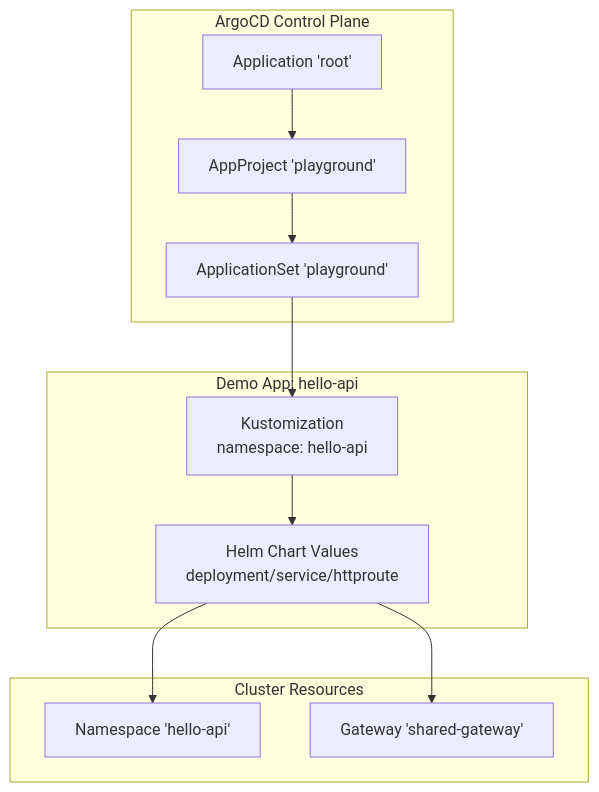
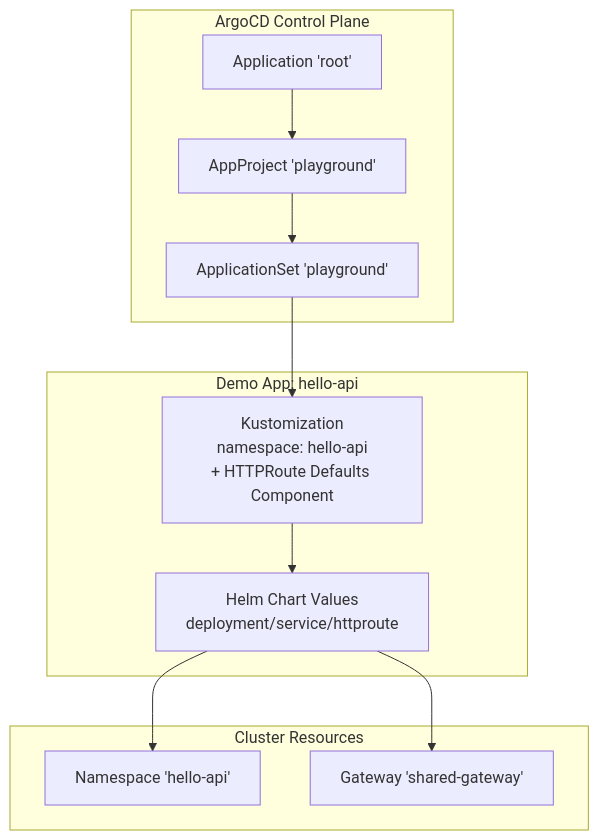
The first of 5 diagrams in .qoder/repowiki/en/content/Playground Applications/Demo Applications.md (Hoangvu75/k8s_manifest), drawn with Mermaid before and after one commit. The commit also changed other lines of this file and 5 other files, not shown here.

````diff
--- a/.qoder/repowiki/en/content/Playground Applications/Demo Applications.md
+++ b/.qoder/repowiki/en/content/Playground Applications/Demo Applications.md
@@ -37,22 +47,22 @@
 ```mermaid
 graph TB
 subgraph "ArgoCD Control Plane"
 Root["Application 'root'"]
 Proj["AppProject 'playground'"]
 AS["ApplicationSet 'playground'"]
 end
 subgraph "Cluster Resources"
 NS["Namespace 'hello-api'"]
 GW["Gateway 'shared-gateway'"]
 end
 subgraph "Demo App: hello-api"
-Kust["Kustomization<br/>namespace: hello-api"]
+Kust["Kustomization<br/>namespace: hello-api<br/>+ HTTPRoute Defaults Component"]
 Chart["Helm Chart Values<br/>deployment/service/httproute"]
 end
 Root --> Proj
 Proj --> AS
 AS --> Kust
 Kust --> Chart
 Chart --> NS
 Chart --> GW
 ```
````
